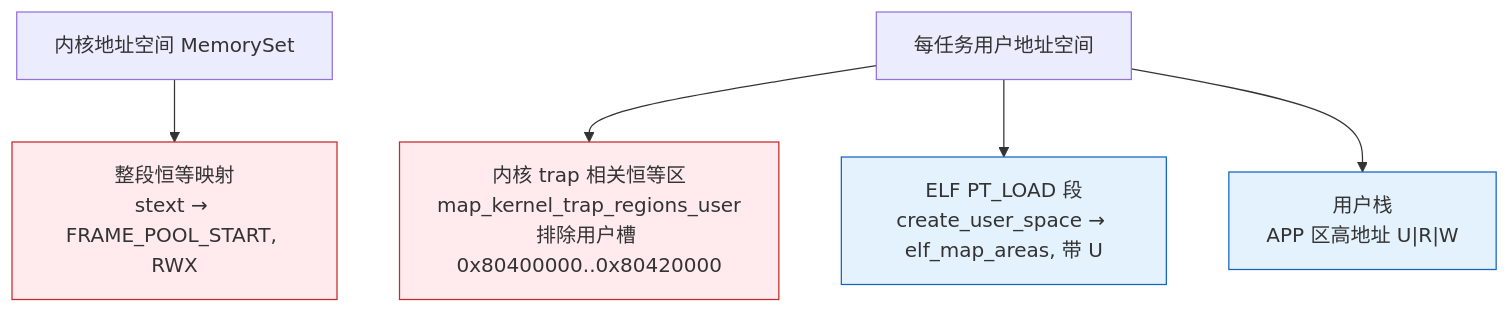
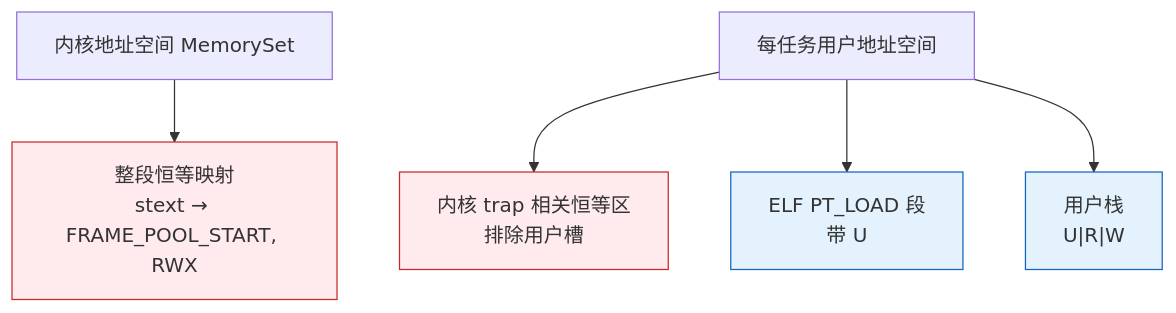
The fourth of 4 diagrams in os-lab/labs/lab3-memory.md (AM-SuSh/EVOLVE), drawn with Mermaid before and after one commit. The commit also changed other lines of this file and 34 other files, not shown here.

````diff
--- a/os-lab/labs/lab3-memory.md
+++ b/os-lab/labs/lab3-memory.md
@@ -138,14 +160,14 @@
 ```mermaid
 graph TD
     KS["内核地址空间 MemorySet"]
     KS --> A1["整段恒等映射<br/>stext → FRAME_POOL_START, RWX"]
     US["每任务用户地址空间"]
-    US --> B1["内核 trap 相关恒等区<br/>map_kernel_trap_regions_user<br/>排除用户槽 0x80400000..0x80420000"]
-    US --> B2["ELF PT_LOAD 段<br/>create_user_space → elf_map_areas, 带 U"]
-    US --> B3["用户栈<br/>APP 区高地址 U|R|W"]
+    US --> B1["内核 trap 相关恒等区<br/>排除用户槽"]
+    US --> B2["ELF PT_LOAD 段<br/>带 U"]
+    US --> B3["用户栈<br/>U|R|W"]
 
     classDef k fill:#ffebee,stroke:#c62828;
     classDef u fill:#e3f2fd,stroke:#1565c0;
     class A1,B1 k;
     class B2,B3 u;
 ```
````
